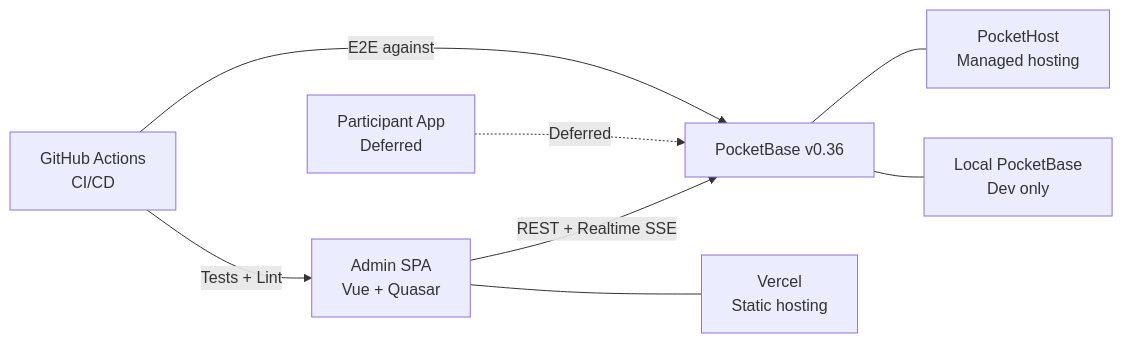
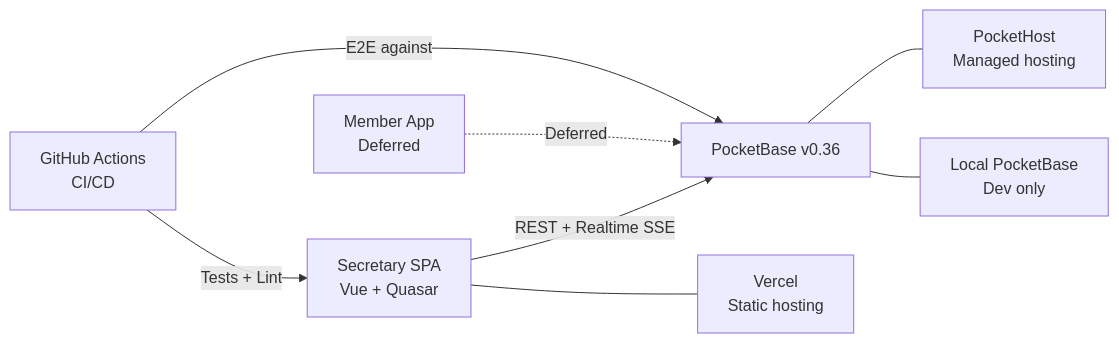
Before and after one commit to DarynHolmes/festive: the first of 4 diagrams in documentation/02_architecture.md, drawn with Mermaid. The commit also changed other lines of this file and 10 other files, not shown here.

````diff
--- a/documentation/02_architecture.md
+++ b/documentation/02_architecture.md
@@ -9,18 +9,18 @@
 ```mermaid
 graph LR
-    Admin[Admin SPA<br/>Vue + Quasar]
-    Participant[Participant App<br/>Deferred]
+    Admin[Secretary SPA<br/>Vue + Quasar]
+    Member[Member App<br/>Deferred]
     PB[PocketBase v0.36]
     PH[PocketHost<br/>Managed hosting]
     Local[Local PocketBase<br/>Dev only]
     Vercel[Vercel<br/>Static hosting]
     GH[GitHub Actions<br/>CI/CD]
 
     Admin -->|REST + Realtime SSE| PB
-    Participant -.->|Deferred| PB
+    Member -.->|Deferred| PB
     PB --- PH
     PB --- Local
     Admin --- Vercel
     GH -->|Tests + Lint| Admin
     GH -->|E2E against| PB
 ```
````
